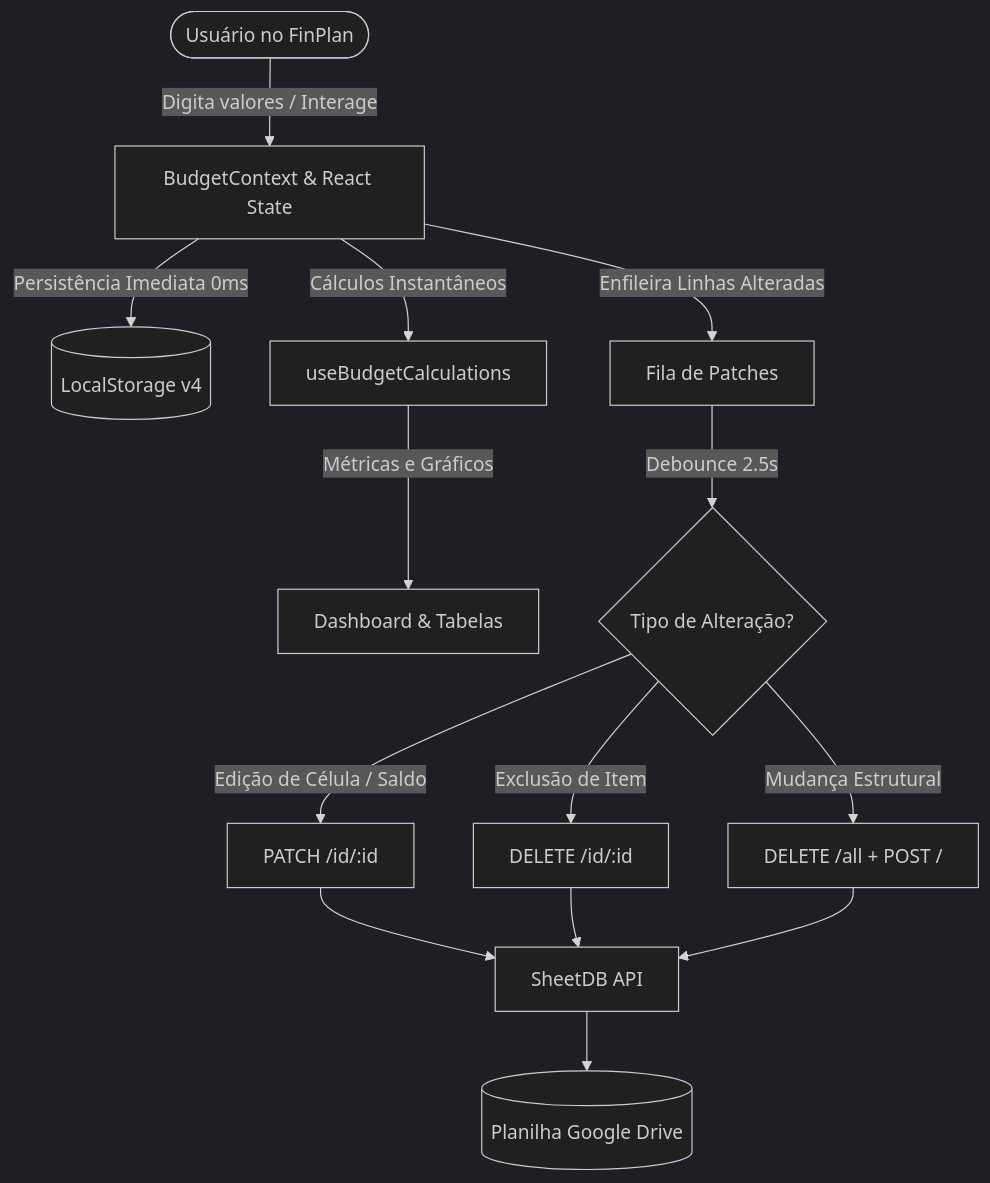
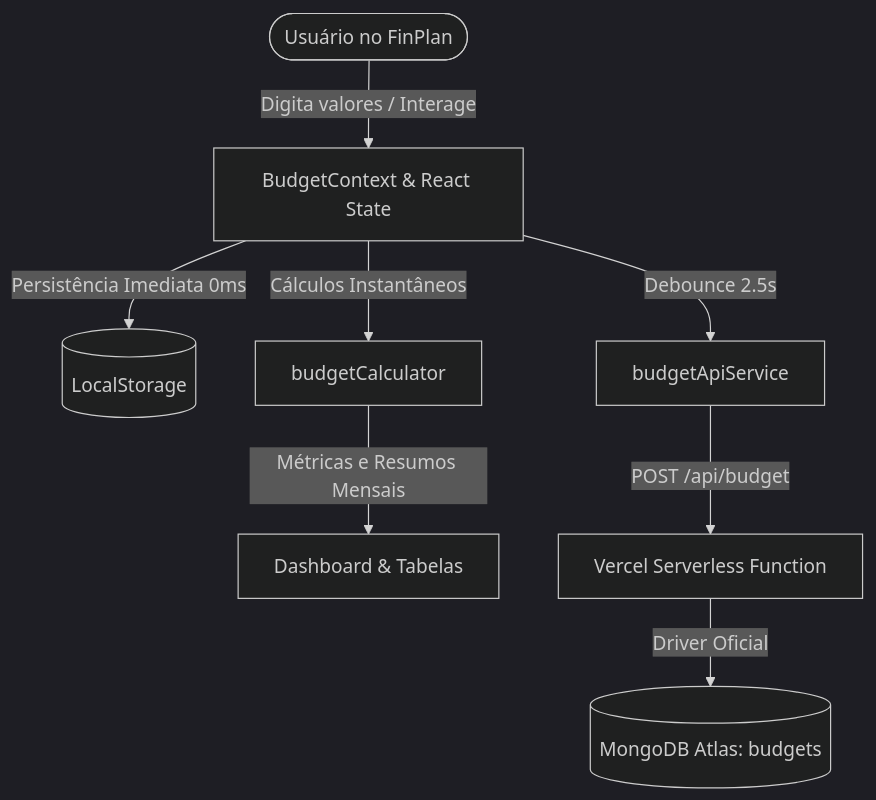
One commit to gildo-cordeiro/fin-plan changed the diagram in docs/ARQUITETURA_E_FUNCIONAMENTO.md. Above: the diagram before and after it, drawn with Mermaid (dark theme). The commit also changed other lines of this file and 51 other files, not shown here.

Commit message:
feat(architecture): migrate persistence to MongoDB Atlas, streamline domain models, and eliminate dead code

````diff
--- a/docs/ARQUITETURA_E_FUNCIONAMENTO.md
+++ b/docs/ARQUITETURA_E_FUNCIONAMENTO.md
@@ -27,16 +26,10 @@
 ```mermaid
 flowchart TD
     User([Usuário no FinPlan]) -->|Digita valores / Interage| Context[BudgetContext & React State]
-    Context -->|Persistência Imediata 0ms| LocalStorage[(LocalStorage v4)]
-    Context -->|Cálculos Instantâneos| Math[useBudgetCalculations]
-    Math -->|Métricas e Gráficos| UI[Dashboard & Tabelas]
-    Context -->|Enfileira Linhas Alteradas| DeltaQueue[Fila de Patches]
-    DeltaQueue -->|Debounce 2.5s| SheetSync{Tipo de Alteração?}
-    SheetSync -->|Edição de Célula / Saldo| PatchCall[PATCH /id/:id]
-    SheetSync -->|Exclusão de Item| DeleteCall[DELETE /id/:id]
-    SheetSync -->|Mudança Estrutural| OverwriteCall[DELETE /all + POST /]
-    PatchCall --> SheetDB[SheetDB API]
-    DeleteCall --> SheetDB
-    OverwriteCall --> SheetDB
-    SheetDB --> GoogleSheets[(Planilha Google Drive)]
+    Context -->|Persistência Imediata 0ms| LocalStorage[(LocalStorage)]
+    Context -->|Cálculos Instantâneos| Math[budgetCalculator]
+    Math -->|Métricas e Resumos Mensais| UI[Dashboard & Tabelas]
+    Context -->|Debounce 2.5s| CloudSync[budgetApiService]
+    CloudSync -->|POST /api/budget| Serverless[Vercel Serverless Function]
+    Serverless -->|Driver Oficial| MongoDB[(MongoDB Atlas: budgets)]
 ```
````
